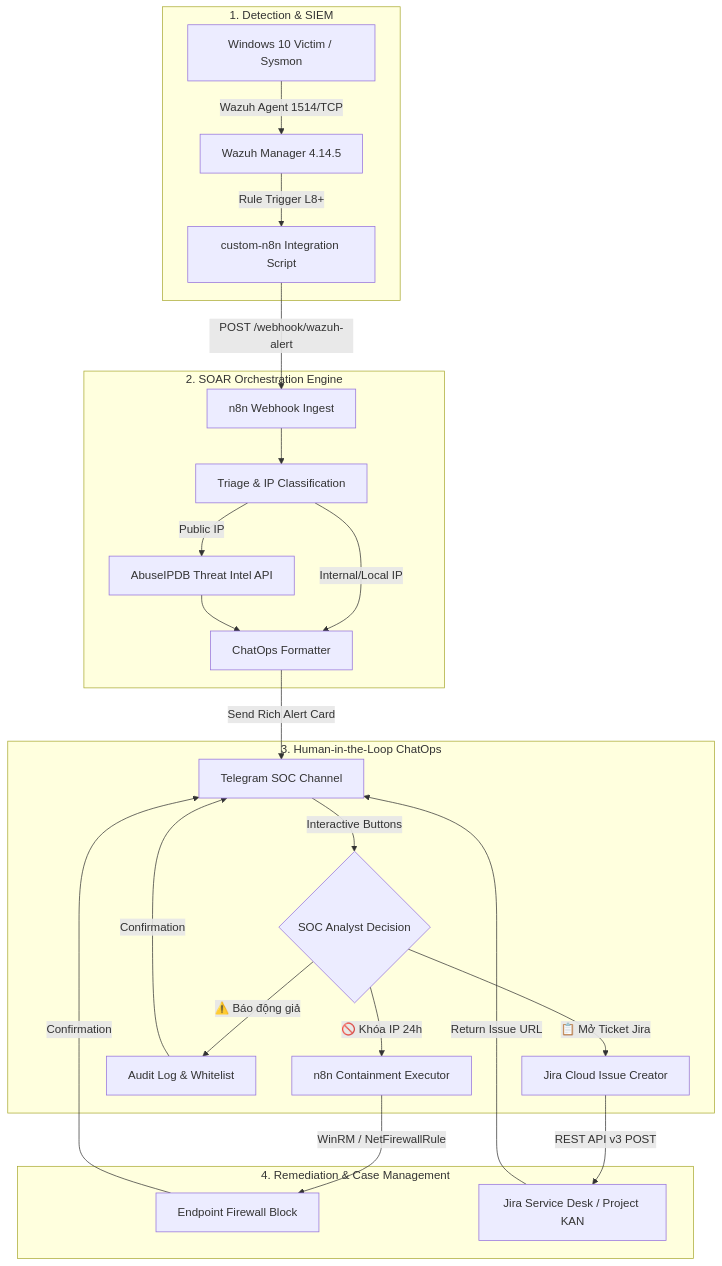
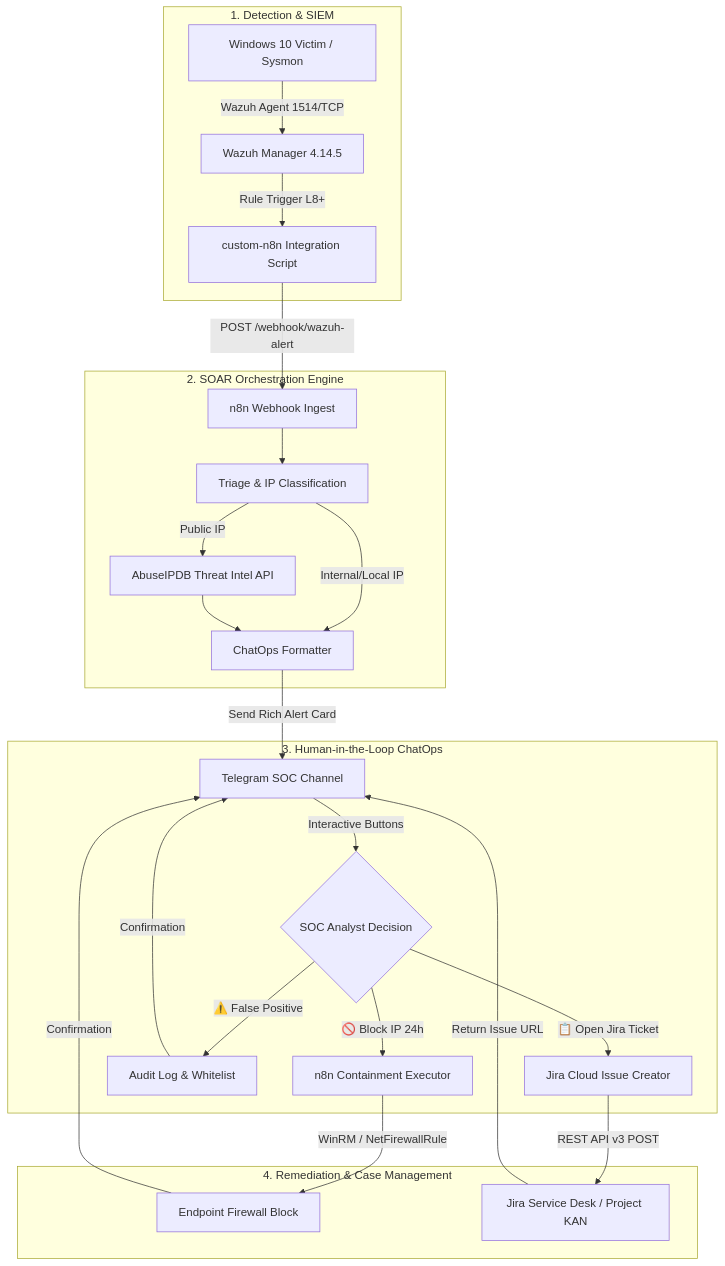
Before and after one commit to tofan0810/Wazuh-SOC-lab: the diagram in manager/soar/README.md, drawn with Mermaid. The commit also changed other lines of this file and 55 other files, not shown here.

````diff
--- a/manager/soar/README.md
+++ b/manager/soar/README.md
@@ -9,31 +9,31 @@
 ```mermaid
 flowchart TD
     subgraph Detection["1. Detection & SIEM"]
         A[Windows 10 Victim / Sysmon] -->|Wazuh Agent 1514/TCP| B[Wazuh Manager 4.14.5]
         B -->|Rule Trigger L8+| C[custom-n8n Integration Script]
     end
 
     subgraph SOAR["2. SOAR Orchestration Engine"]
         C -->|POST /webhook/wazuh-alert| D[n8n Webhook Ingest]
         D --> E[Triage & IP Classification]
         E -->|Public IP| F[AbuseIPDB Threat Intel API]
         E -->|Internal/Local IP| G[ChatOps Formatter]
         F --> G
     end
 
     subgraph ChatOps["3. Human-in-the-Loop ChatOps"]
         G -->|Send Rich Alert Card| H[Telegram SOC Channel]
         H -->|Interactive Buttons| I{SOC Analyst Decision}
-        I -->|🚫 Khóa IP 24h| J[n8n Containment Executor]
-        I -->|⚠️ Báo động giả| K[Audit Log & Whitelist]
-        I -->|📋 Mở Ticket Jira| L[Jira Cloud Issue Creator]
+        I -->|🚫 Block IP 24h| J[n8n Containment Executor]
+        I -->|⚠️ False Positive| K[Audit Log & Whitelist]
+        I -->|📋 Open Jira Ticket| L[Jira Cloud Issue Creator]
     end
 
     subgraph Action["4. Remediation & Case Management"]
         J -->|WinRM / NetFirewallRule| M[Endpoint Firewall Block]
         L -->|REST API v3 POST| N[Jira Service Desk / Project KAN]
         M -->|Confirmation| H
         K -->|Confirmation| H
         N -->|Return Issue URL| H
     end
 ```
````
